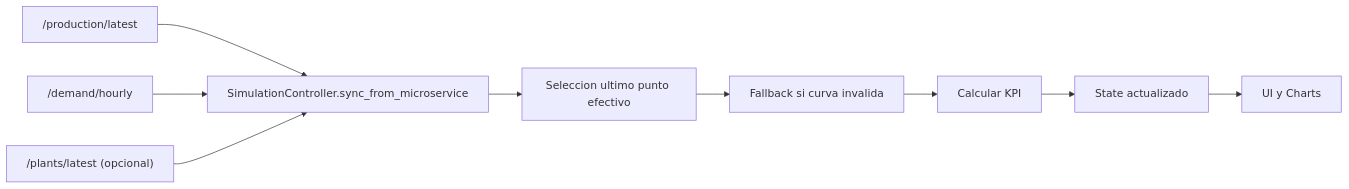
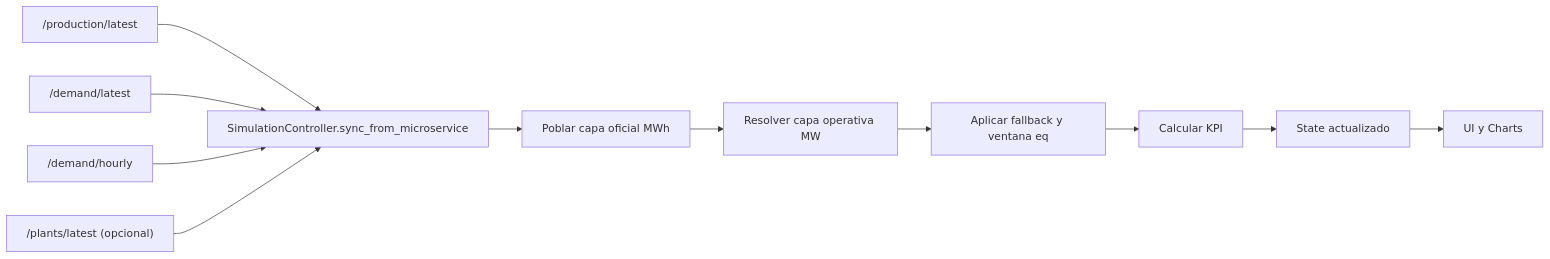
One commit to Darioxavierl/energetic-marix-ec changed the second of 5 diagrams in docs/MANUAL_OPERATIVO_INTEGRAL.md. Above: the diagram before and after it, drawn with Mermaid. The commit also changed other lines of this file and 24 other files, not shown here.

````diff
--- a/docs/MANUAL_OPERATIVO_INTEGRAL.md
+++ b/docs/MANUAL_OPERATIVO_INTEGRAL.md
@@ -130,11 +135,13 @@
 ```mermaid
 flowchart LR
    A["/production/latest"] --> D["SimulationController.sync_from_microservice"]
-   B["/demand/hourly"] --> D
-   C["/plants/latest (opcional)"] --> D
-   D --> E[Seleccion ultimo punto efectivo]
-   E --> F[Fallback si curva invalida]
-   F --> G[Calcular KPI]
-   G --> H[State actualizado]
-   H --> I[UI y Charts]
+   B["/demand/latest"] --> D
+   C["/demand/hourly"] --> D
+   E["/plants/latest (opcional)"] --> D
+   D --> F[Poblar capa oficial MWh]
+   F --> G[Resolver capa operativa MW]
+   G --> H[Aplicar fallback y ventana eq]
+   H --> I[Calcular KPI]
+   I --> J[State actualizado]
+   J --> K[UI y Charts]
 ```
````
